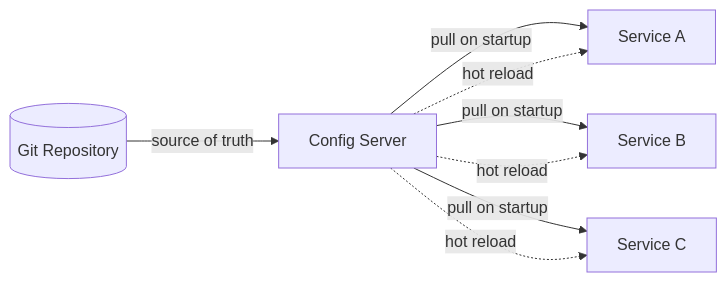
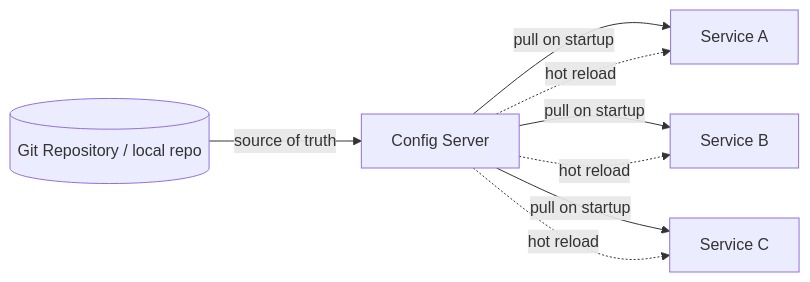
Before and after one commit to 262dist/pagatu: the second of 4 diagrams in docs/sesiones/S02_Configuracion_Centralizada_Ambientes.md, drawn with Mermaid.

Commit message:
Sesion 2

````diff
--- a/docs/sesiones/S02_Configuracion_Centralizada_Ambientes.md
+++ b/docs/sesiones/S02_Configuracion_Centralizada_Ambientes.md
@@ -172,16 +172,16 @@
 ```mermaid
 flowchart LR
-    Git[("Git Repository")]
+    Git[("Git Repository / local repo")]
     Config["Config Server"]
     A["Service A"]
     B["Service B"]
     C["Service C"]
 
     Git -->|"source of truth"| Config
     Config -->|"pull on startup"| A
     Config -.->|"hot reload"| A
     Config -->|"pull on startup"| B
     Config -.->|"hot reload"| B
     Config -->|"pull on startup"| C
     Config -.->|"hot reload"| C
 ```
````
